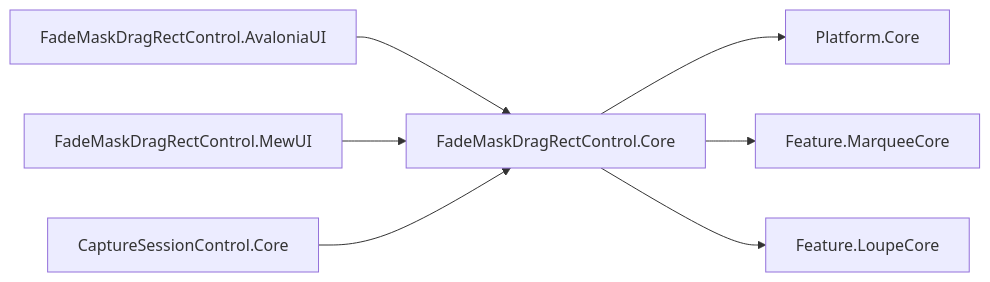
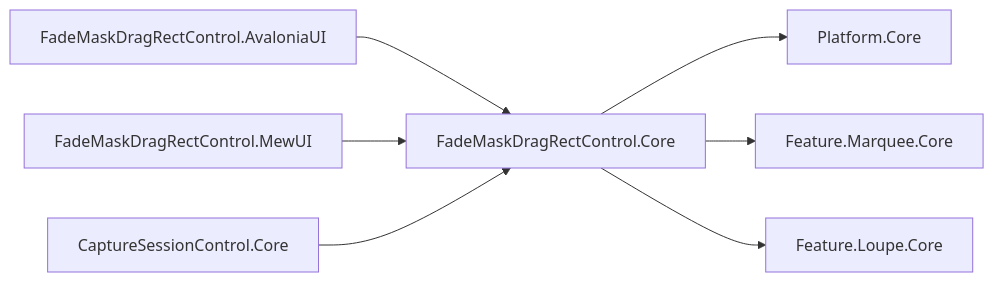
The first of 5 diagrams in src/FadeMaskDragRectControl.Core/SPEC_System.md (tomokuni/SaveEvidence), drawn with Mermaid before and after one commit. The commit also changed 334 other files, not shown here.

````diff
--- a/src/FadeMaskDragRectControl.Core/SPEC_System.md
+++ b/src/FadeMaskDragRectControl.Core/SPEC_System.md
@@ -29,9 +29,9 @@
 ```mermaid
 graph LR
   A[FadeMaskDragRectControl.AvaloniaUI] --> C[FadeMaskDragRectControl.Core]
   B[FadeMaskDragRectControl.MewUI] --> C
   S[CaptureSessionControl.Core] --> C
   C --> P[Platform.Core]
-  C --> M[Feature.MarqueeCore]
-  C --> L[Feature.LoupeCore]
+  C --> M[Feature.Marquee.Core]
+  C --> L[Feature.Loupe.Core]
 ```
````
